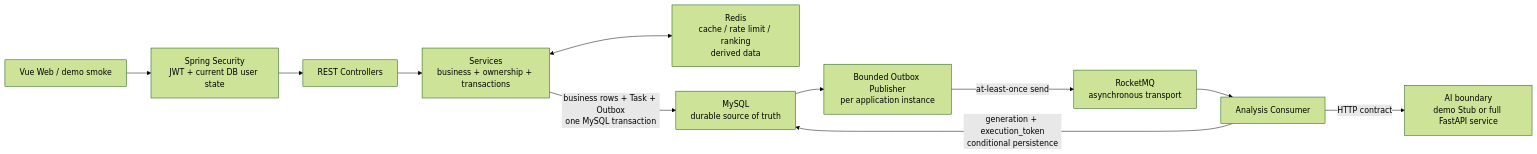
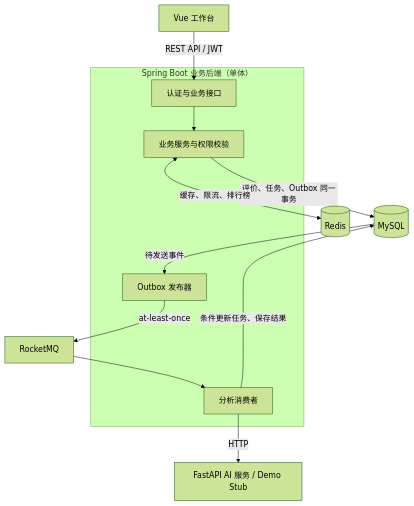
One commit to mofengyan595/courseinsight-cloud changed the diagram in README.md. Above: the diagram before and after it, drawn with Mermaid (forest theme). The commit also changed other lines of this file and 1 other file, not shown here.

````diff
--- a/README.md
+++ b/README.md
@@ -27,14 +41,16 @@
 ```mermaid
-flowchart LR
-    Client["Vue Web / demo smoke"] --> Security["Spring Security<br/>JWT + current DB user state"]
-    Security --> Controller["REST Controllers"]
-    Controller --> Service["Services<br/>business + ownership + transactions"]
-    Service <--> Redis["Redis<br/>cache / rate limit / ranking<br/>derived data"]
-    Service -->|"business rows + Task + Outbox<br/>one MySQL transaction"| MySQL["MySQL<br/>durable source of truth"]
-
-    MySQL --> Publisher["Bounded Outbox Publisher<br/>per application instance"]
-    Publisher -->|"at-least-once send"| RocketMQ["RocketMQ<br/>asynchronous transport"]
-    RocketMQ --> Consumer["Analysis Consumer"]
-    Consumer -->|"HTTP contract"| AI["AI boundary<br/>demo Stub or full FastAPI service"]
-    Consumer -->|"generation + execution_token<br/>conditional persistence"| MySQL
+flowchart TB
+    Web["Vue 工作台"] -->|REST API / JWT| API
+    subgraph Boot["Spring Boot 业务后端（单体）"]
+        API["认证与业务接口"] --> Service["业务服务与权限校验"]
+        Publisher["Outbox 发布器"]
+        Consumer["分析消费者"]
+    end
+    Service -->|评价、任务、Outbox 同一事务| DB[("MySQL")]
+    Service <-->|缓存、限流、排行榜| Redis[("Redis")]
+    DB -->|待发送事件| Publisher
+    Publisher -->|at-least-once| MQ["RocketMQ"]
+    MQ --> Consumer
+    Consumer -->|HTTP| AI["FastAPI AI 服务 / Demo Stub"]
+    Consumer -->|条件更新任务、保存结果| DB
 ```
````
